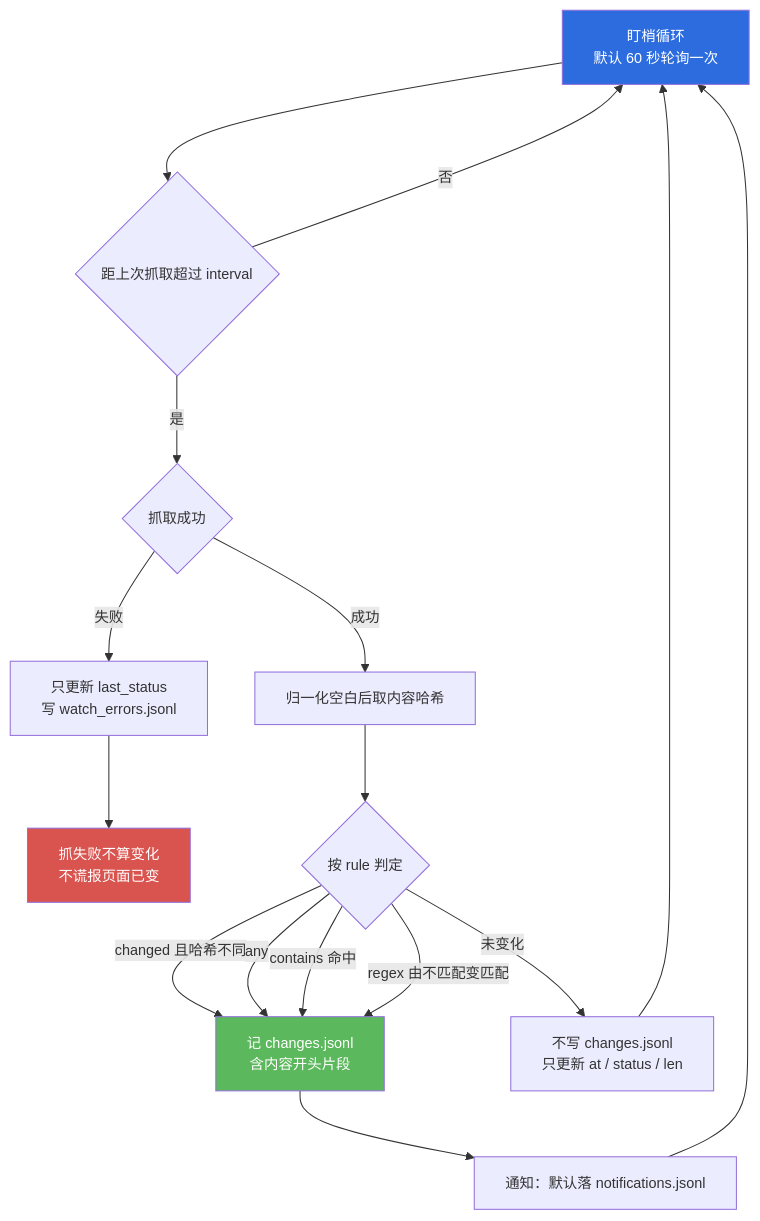
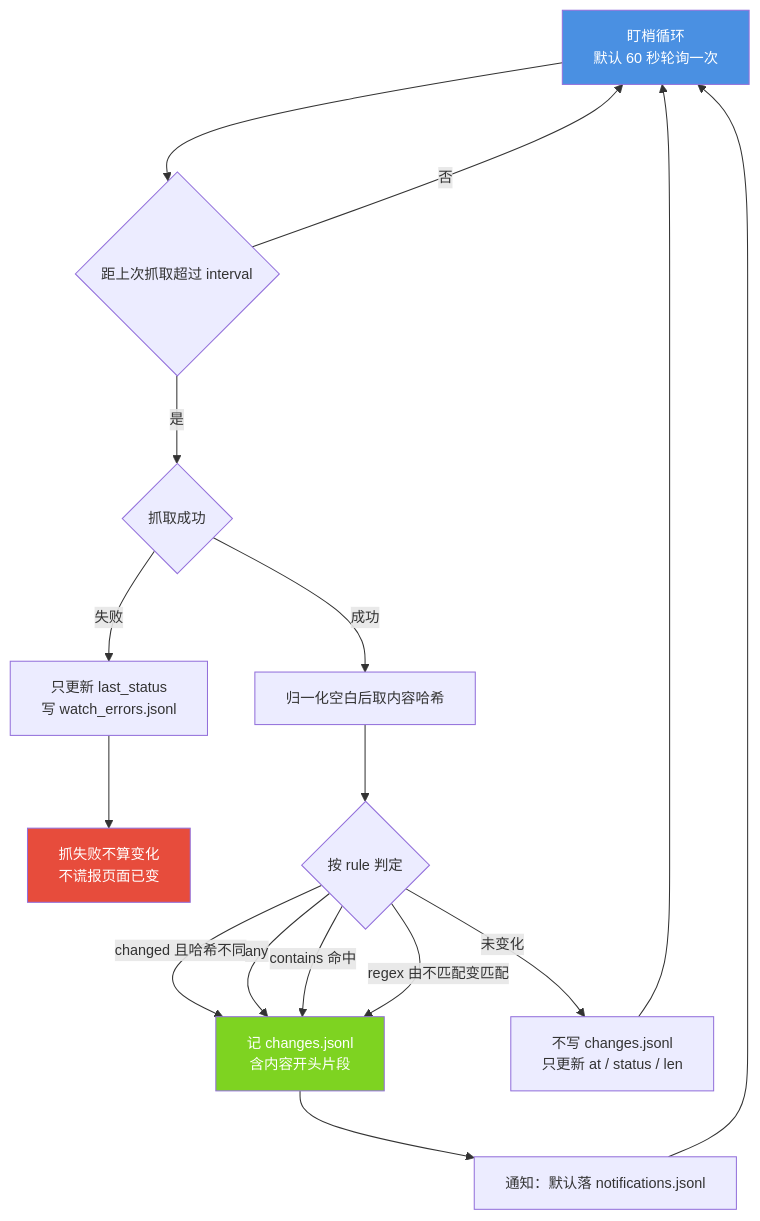
The fourth of 4 diagrams in docs/modules/05-autonomy.md (jiangchuangege/xiaojiao-harnees), drawn with Mermaid before and after one commit. The commit also changed other lines of this file and 32 other files, not shown here.

Commit message:
统一：全仓原理图配色到一套调色板 + 给 12 张灰图补色 + 修正自己会睡那张过期图

````diff
--- a/docs/modules/05-autonomy.md
+++ b/docs/modules/05-autonomy.md
@@ -324,25 +324,25 @@
 ```mermaid
 %%{init: {"themeVariables": {"fontSize": "14px"}, "flowchart": {"htmlLabels": true, "wrappingWidth": 340, "nodeSpacing": 46, "rankSpacing": 64, "useMaxWidth": true}}}%%
 flowchart TB
     POLL["盯梢循环<br/>默认 60 秒轮询一次"] --> DUE{"距上次抓取超过 interval"}
     DUE -->|"否"| POLL
     DUE -->|"是"| FETCH{"抓取成功"}
 
     FETCH -->|"失败"| ERR["只更新 last_status<br/>写 watch_errors.jsonl"]
     ERR --> HONEST["抓失败不算变化<br/>不谎报页面已变"]
 
     FETCH -->|"成功"| HASH["归一化空白后取内容哈希"]
     HASH --> RULE{"按 rule 判定"}
     RULE -->|"changed 且哈希不同"| CHANGE["记 changes.jsonl<br/>含内容开头片段"]
     RULE -->|"any"| CHANGE
     RULE -->|"contains 命中"| CHANGE
     RULE -->|"regex 由不匹配变匹配"| CHANGE
     RULE -->|"未变化"| SILENT["不写 changes.jsonl<br/>只更新 at / status / len"]
     CHANGE --> NOTIFY["通知：默认落 notifications.jsonl"]
     SILENT --> POLL
     NOTIFY --> POLL
 
-    style POLL fill:#2d6cdf,color:#fff
-    style CHANGE fill:#5cb85c,color:#fff
-    style HONEST fill:#d9534f,color:#fff
+    style POLL fill:#4A90E2,color:#fff
+    style CHANGE fill:#7ED321,color:#fff
+    style HONEST fill:#E74C3C,color:#fff
 ```
````
